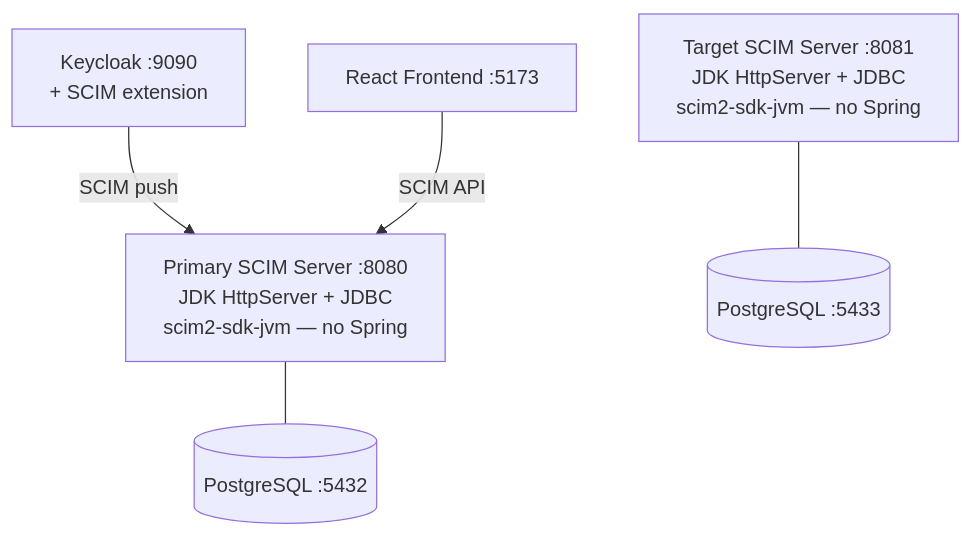
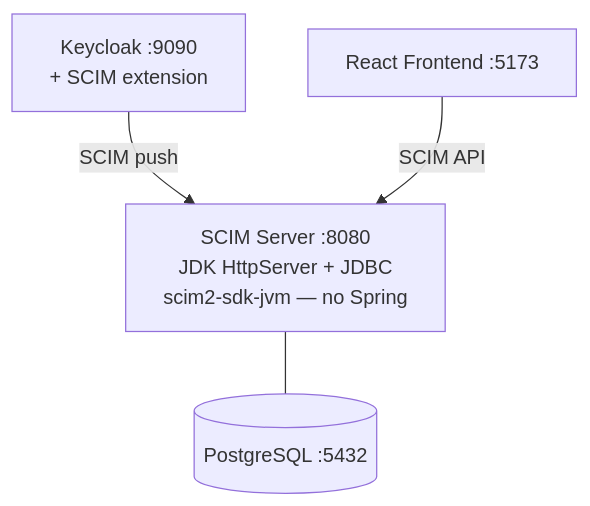
Before and after one commit to marcosbarbero/scim2-sdk-jvm: the diagram in scim2-sdk-samples/sample-fullstack-plain/README.md, drawn with Mermaid. The commit also changed other lines of this file and 1 other file, not shown here.

First line of the commit message:
refactor: Simplify plain Java sample — remove target server, update README

````diff
--- a/scim2-sdk-samples/sample-fullstack-plain/README.md
+++ b/scim2-sdk-samples/sample-fullstack-plain/README.md
@@ -12,7 +12,6 @@
 ```mermaid
 graph TD
-    KC[Keycloak :9090<br/>+ SCIM extension] -->|SCIM push| PS[Primary SCIM Server :8080<br/>JDK HttpServer + JDBC<br/>scim2-sdk-jvm — no Spring]
+    KC[Keycloak :9090<br/>+ SCIM extension] -->|SCIM push| PS[SCIM Server :8080<br/>JDK HttpServer + JDBC<br/>scim2-sdk-jvm — no Spring]
     FE[React Frontend :5173] -->|SCIM API| PS
-    PS --- PG1[(PostgreSQL :5432)]
-    TS[Target SCIM Server :8081<br/>JDK HttpServer + JDBC<br/>scim2-sdk-jvm — no Spring] --- PG2[(PostgreSQL :5433)]
+    PS --- PG[(PostgreSQL :5432)]
 ```
````
